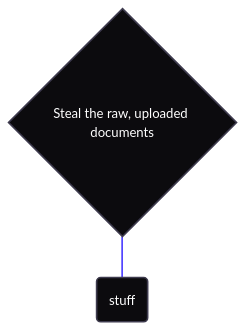
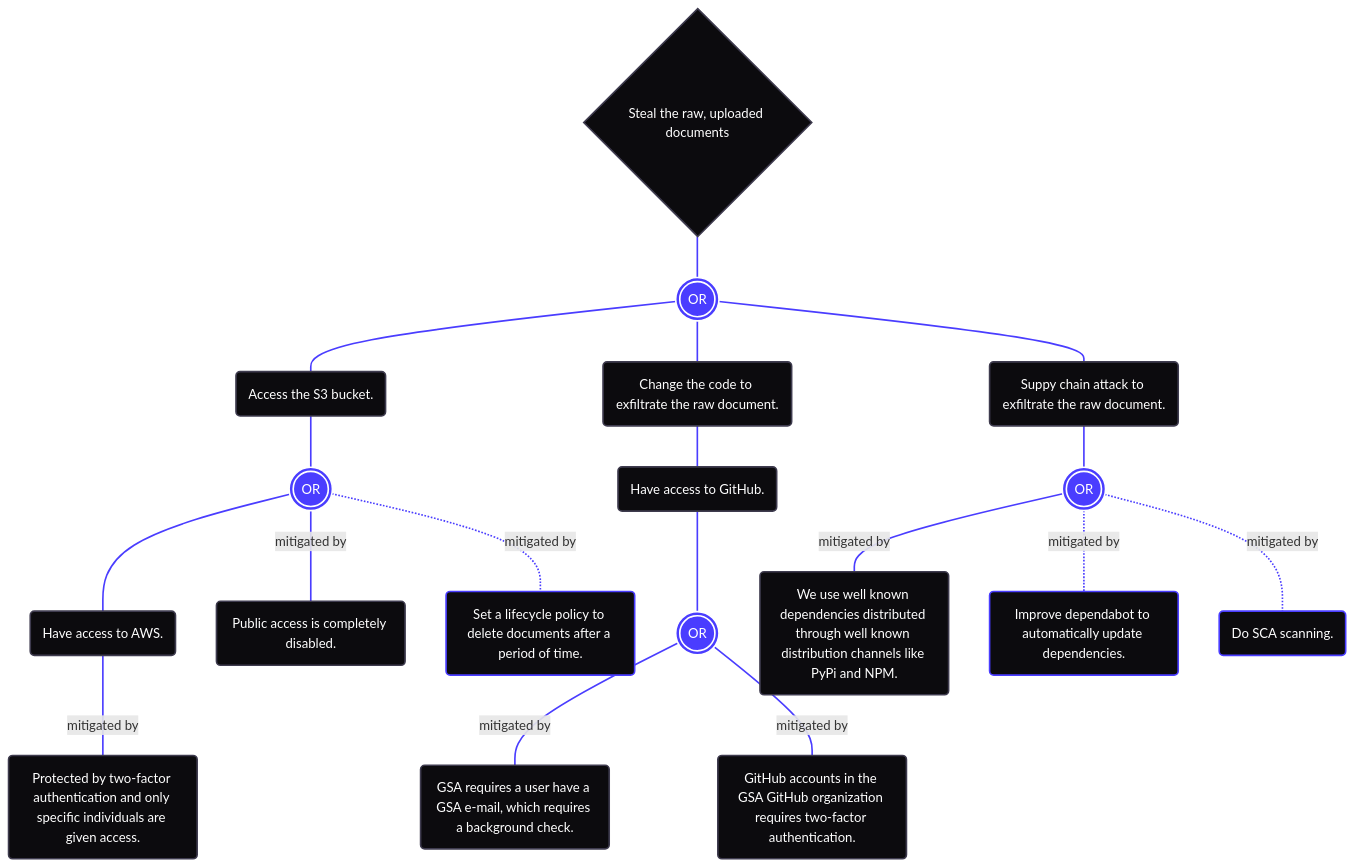
One commit to gsa-tts-archived/document-extractor-poc changed the second of 4 diagrams in docs/THREAT_MODEL.md. Above: the diagram before and after it, drawn with Mermaid. The commit also changed other lines of this file and 1 other file, not shown here.

Commit message:
Add the Steal the raw, uploaded documents threat

````diff
--- a/docs/THREAT_MODEL.md
+++ b/docs/THREAT_MODEL.md
@@ -94,11 +106,35 @@
 ```mermaid
 flowchart TD
   A0{Steal the raw, uploaded documents}:::objective
-    A0---B1(stuff):::condition
+    A0---B1(((OR))):::booleanOr
+      B1---C1(Access the S3 bucket.):::condition
+        C1---D1(((OR))):::booleanOr
+          D1---E1(Have access to AWS.):::condition
+            E1-- mitigated by ---F1(Protected by two-factor authentication and only specific individuals are given access.):::condition
+          D1-- mitigated by ---E2(Public access is completely disabled.):::condition
+          D1-. mitigated by .-E3(Set a lifecycle policy to delete documents after a period of time.):::condition
+      B1---C2(Change the code to exfiltrate the raw document.):::condition
+        C2---D2(Have access to GitHub.):::condition
+          D2---E4(((OR))):::booleanOr
+            E4-- mitigated by ---F2(GSA requires a user have a GSA e-mail, which requires a background check.):::condition
+            E4-- mitigated by ---F3(GitHub accounts in the GSA GitHub organization requires two-factor authentication.):::condition
+      B1---C3(Suppy chain attack to exfiltrate the raw document.):::condition
+        C3---D3(((OR))):::booleanOr
+          D3-- mitigated by ---E5(We use well known dependencies distributed through well known distribution channels like PyPi and NPM.):::condition
+          D3-. mitigated by .-E6(Improve dependabot to automatically update dependencies.):::condition
+          D3-. mitigated by .-E7(Do SCA scanning.):::condition
   classDef objective fill:#0c0b0e,color:#ffffff,stroke:#3e3b4e,stroke-width:2px
   classDef condition fill:#0c0b0e,color:#ffffff,stroke:#3e3b4e,stroke-width:2px
   classDef assumption fill:#0c0b0e,color:#ffffff,stroke:#3e3b4e,stroke-width:2px
   classDef booleanAnd fill:#4a3dff,color:#ffffff,stroke:#ffffff,stroke-width:2px
   classDef booleanOr fill:#4a3dff,color:#ffffff,stroke:#ffffff,stroke-width:2px
-  linkStyle 0 stroke:#4a3dff,stroke-width:2px
+  style F1 stroke:#4a3dff,stroke-width:2px,fill:#0c0b0e,color:#ffffff,stroke:#3e3b4e,stroke-width:2px
+  style E2 stroke:#4a3dff,stroke-width:2px,fill:#0c0b0e,color:#ffffff,stroke:#3e3b4e,stroke-width:2px
+  style E3 stroke:#4a3dff,stroke-width:2px
+  style F2 stroke:#4a3dff,stroke-width:2px,fill:#0c0b0e,color:#ffffff,stroke:#3e3b4e,stroke-width:2px
+  style F3 stroke:#4a3dff,stroke-width:2px,fill:#0c0b0e,color:#ffffff,stroke:#3e3b4e,stroke-width:2px
+  style E5 stroke:#4a3dff,stroke-width:2px,fill:#0c0b0e,color:#ffffff,stroke:#3e3b4e,stroke-width:2px
+  style E6 stroke:#4a3dff,stroke-width:2px
+  style E7 stroke:#4a3dff,stroke-width:2px
+  linkStyle 0,1,2,3,4,5,6,7,8,9,10,11,12,13,14,15,16 stroke:#4a3dff,stroke-width:2px
 ```
````
